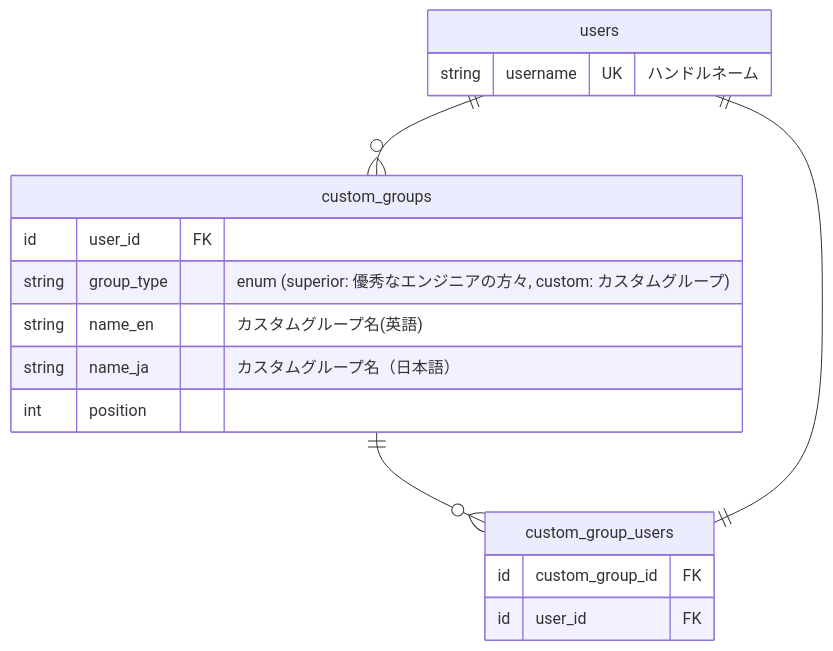
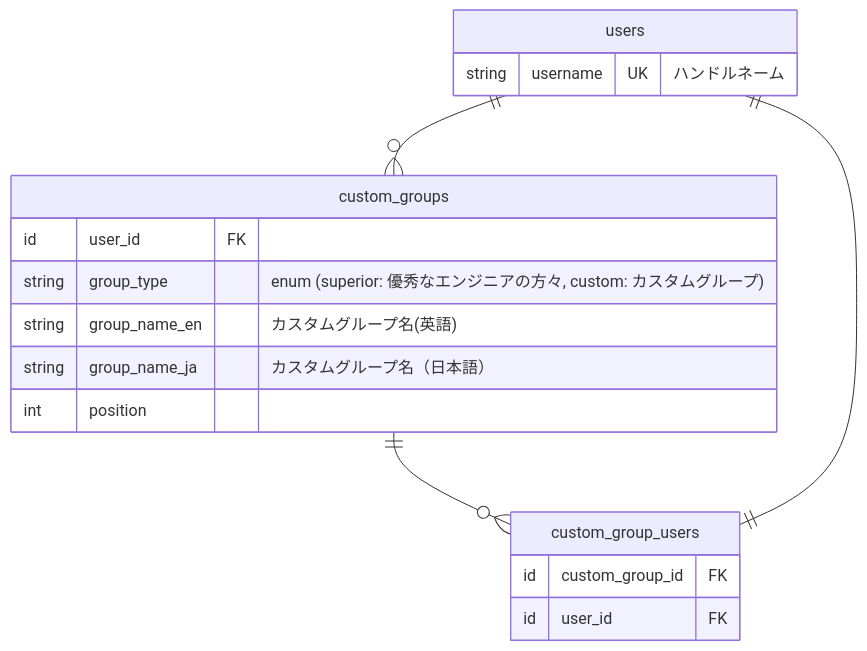
Diagram 11 of 12 in docs/conceptual_schemas/users.md (bright-org/bright), drawn with Mermaid before and after one commit.

Commit message:
group_nameに変更

````diff
--- a/docs/conceptual_schemas/users.md
+++ b/docs/conceptual_schemas/users.md
@@ -154,24 +154,24 @@
 ```mermaid
 erDiagram
   "users"||--o{"custom_groups" : ""
   "custom_groups"||--o{"custom_group_users" : ""
   "custom_group_users"||--||"users" : ""
 
   users {
     string username UK "ハンドルネーム"
   }
 
   custom_groups {
     id user_id FK
     string group_type "enum (superior: 優秀なエンジニアの方々, custom: カスタムグループ)"
-    string name_en "カスタムグループ名(英語)"
-    string name_ja "カスタムグループ名（日本語）"
+    string group_name_en "カスタムグループ名(英語)"
+    string group_name_ja "カスタムグループ名（日本語）"
     int position
   }
 
   custom_group_users {
     id custom_group_id FK
     id user_id FK
   }
 
 ```
````
